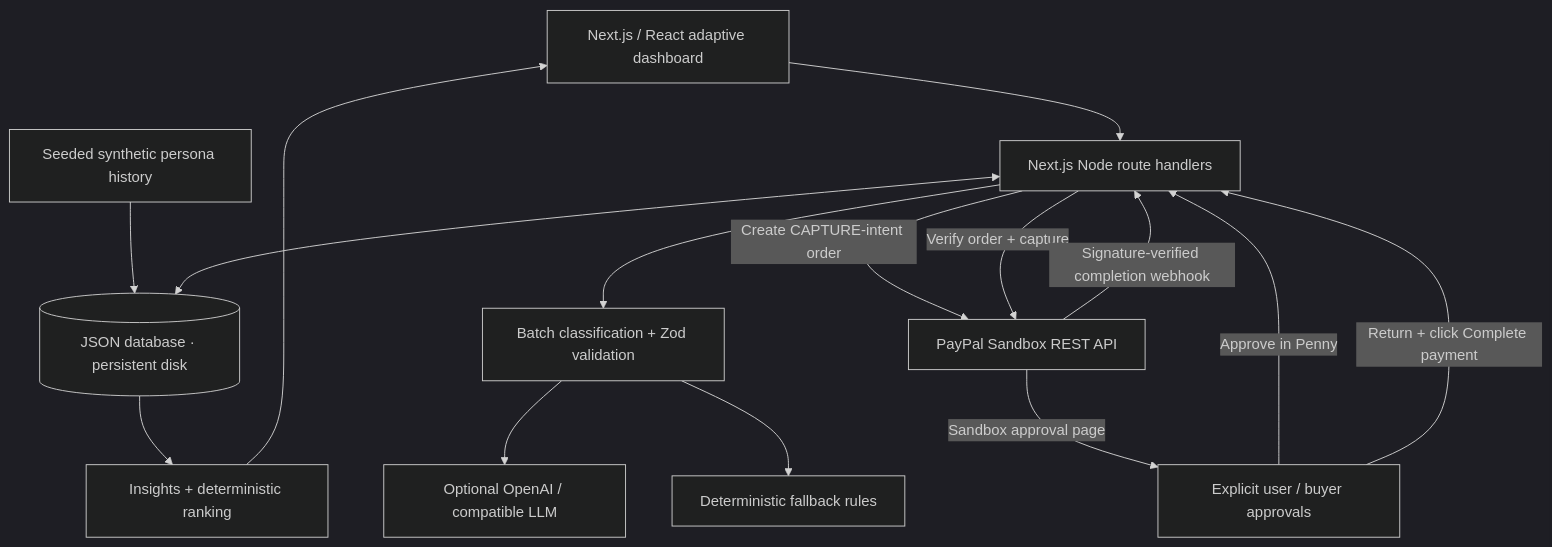
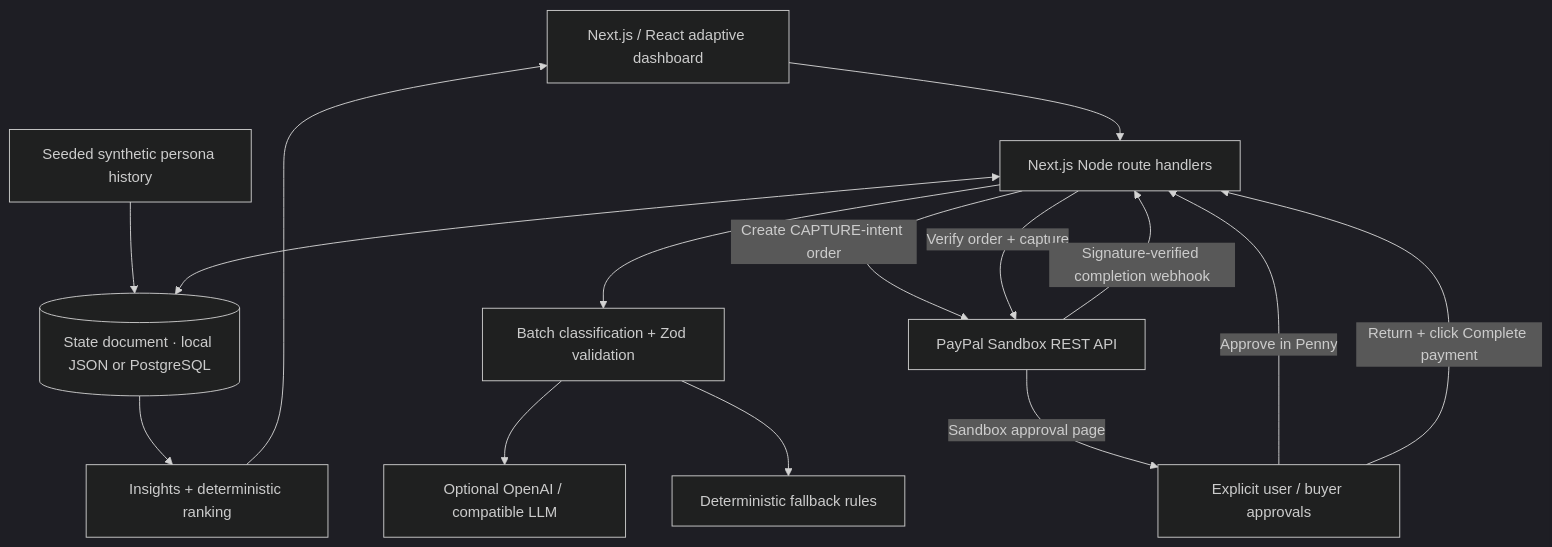
Before and after one commit to architron-kak/penny: the diagram in README.md, drawn with Mermaid (dark theme). The commit also changed other lines of this file and 15 other files, not shown here.

Commit message:
Support free Render hosting with durable PostgreSQL storage

````diff
--- a/README.md
+++ b/README.md
@@ -63,27 +63,27 @@
 ```mermaid
 flowchart TD
   UI[Next.js / React adaptive dashboard]
   API[Next.js Node route handlers]
-  JSON[(JSON database · persistent disk)]
+  JSON[(State document · local JSON or PostgreSQL)]
   Seed[Seeded synthetic persona history]
   Classifier[Batch classification + Zod validation]
   Rules[Deterministic fallback rules]
   LLM[Optional OpenAI / compatible LLM]
   Engine[Insights + deterministic ranking]
   PP[PayPal Sandbox REST API]
   Buyer[Explicit user / buyer approvals]
   UI --> API
   Seed --> JSON
   API <--> JSON
   API --> Classifier
   Classifier --> LLM
   Classifier --> Rules
   JSON --> Engine
   Engine --> UI
   Buyer -->|Approve in Penny| API
   API -->|Create CAPTURE-intent order| PP
   PP -->|Sandbox approval page| Buyer
   Buyer -->|Return + click Complete payment| API
   API -->|Verify order + capture| PP
   PP -->|Signature-verified completion webhook| API
 ```
````
